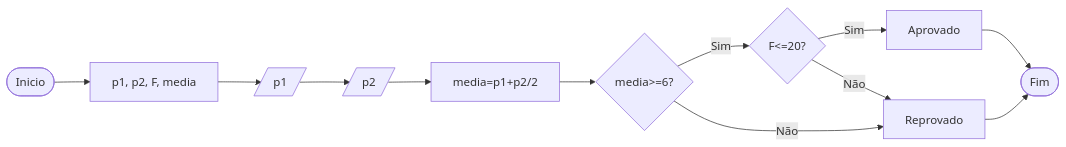
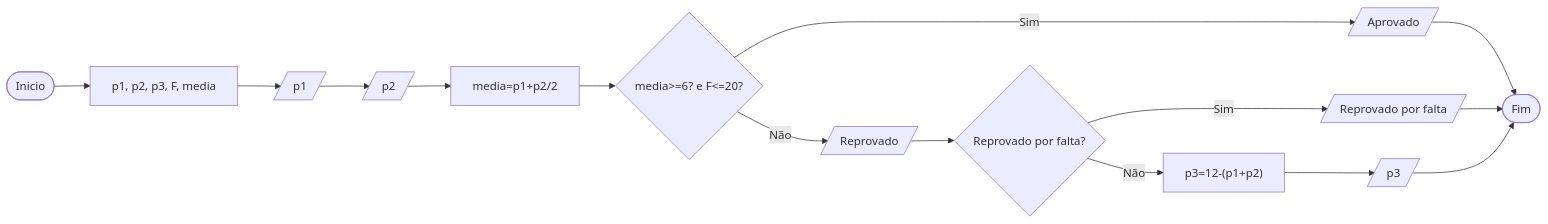
Before and after one commit to mari-roc/algorithms-logic: the diagram in algo04/q3flow.md, drawn with Mermaid.

Commit message:
fixing q3 flowchart

````diff
--- a/algo04/q3flow.md
+++ b/algo04/q3flow.md
@@ -9,15 +9,17 @@
 ```mermaid
 graph LR
-    A([Inicio]) --> B[p1, p2, F, media]
+    A([Inicio]) --> B[p1, p2, p3, F, media]
     B --> C[/p1/]
     C --> D[/p2/]
     D --> E["media=p1+p2/2"]
-    E --> F{"media>=6?"}
-    F -- Sim --> G{"F<=20?"}
-    G -- Sim --> H[Aprovado]
-    G -- Não --> I[Reprovado]
-    F -- Não --> I
-    H --> J([Fim])
-    I --> J
-
+    E --> F{"media>=6? e F<=20?"}
+    F -- Sim --> G[/Aprovado/]
+    F -- Não --> H[/Reprovado/]
+    H --> I{"Reprovado por falta?"}
+    I -- Não --> J["p3=12-(p1+p2)"]
+    I -- Sim --> K[/Reprovado por falta/]
+    J --> L[/p3/]
+    G --> M([Fim])
+    K --> M([Fim])
+    L --> M([Fim])
 ```
````
